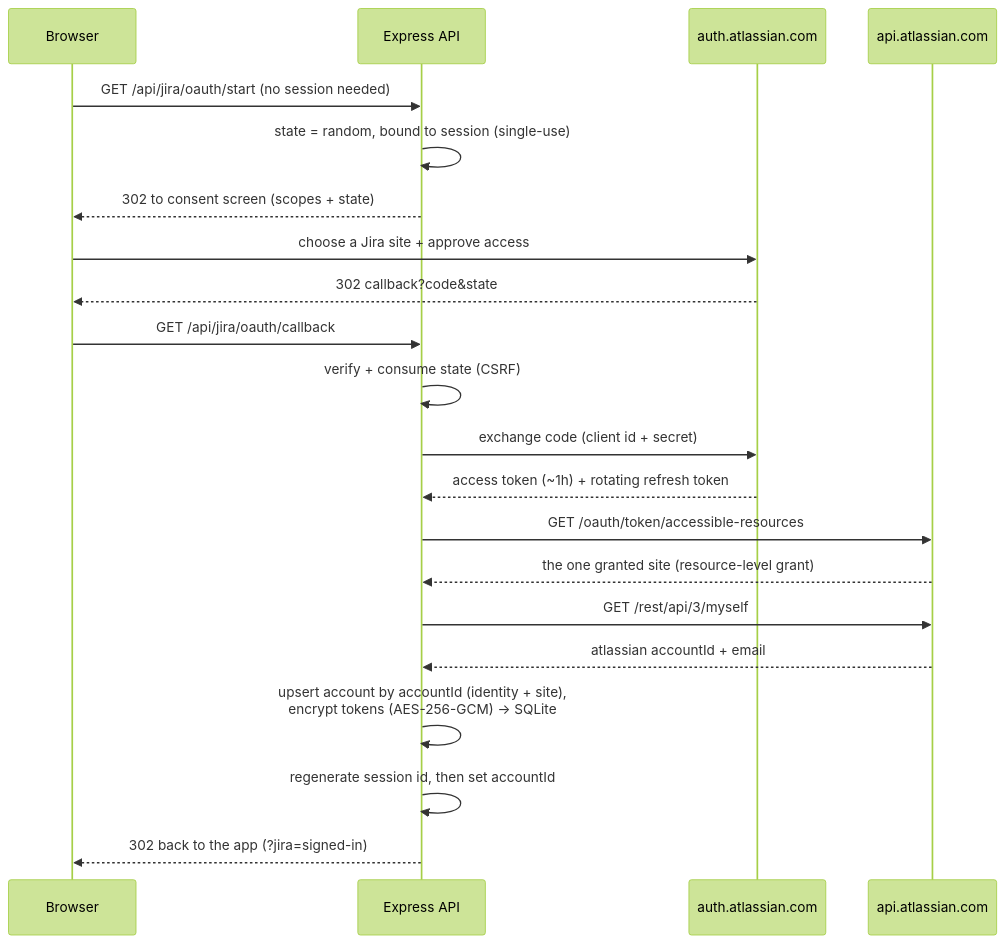
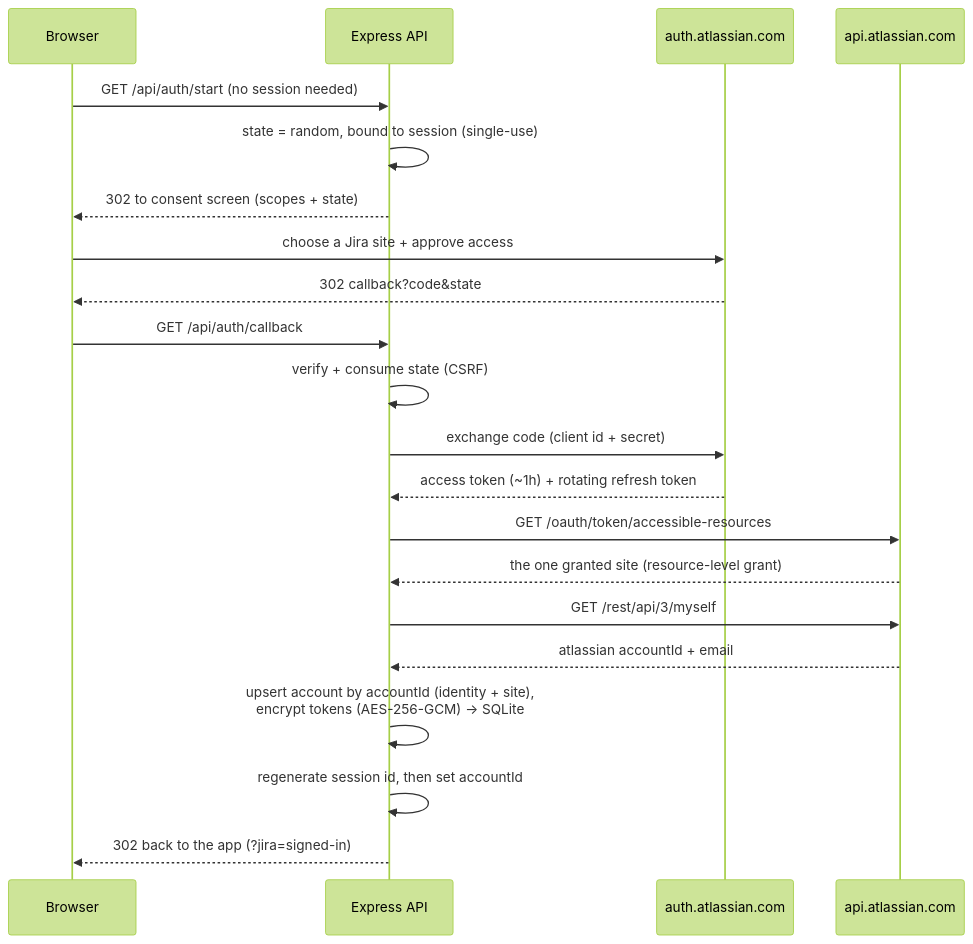
One commit to lerman01/IdentityHub changed the second of 4 diagrams in docs/ARCHITECTURE.md. Above: the diagram before and after it, drawn with Mermaid (forest theme). The commit also changed other lines of this file and 50 other files, not shown here.

````diff
--- a/docs/ARCHITECTURE.md
+++ b/docs/ARCHITECTURE.md
@@ -55,24 +72,24 @@
 ```mermaid
 sequenceDiagram
     participant U as Browser
     participant A as Express API
     participant AT as auth.atlassian.com
     participant JA as api.atlassian.com
 
-    U->>A: GET /api/jira/oauth/start (no session needed)
+    U->>A: GET /api/auth/start (no session needed)
     A->>A: state = random, bound to session (single-use)
     A-->>U: 302 to consent screen (scopes + state)
     U->>AT: choose a Jira site + approve access
     AT-->>U: 302 callback?code&state
-    U->>A: GET /api/jira/oauth/callback
+    U->>A: GET /api/auth/callback
     A->>A: verify + consume state (CSRF)
     A->>AT: exchange code (client id + secret)
     AT-->>A: access token (~1h) + rotating refresh token
     A->>JA: GET /oauth/token/accessible-resources
     JA-->>A: the one granted site (resource-level grant)
     A->>JA: GET /rest/api/3/myself
     JA-->>A: atlassian accountId + email
     A->>A: upsert account by accountId (identity + site),<br/>encrypt tokens (AES-256-GCM) → SQLite
     A->>A: regenerate session id, then set accountId
     A-->>U: 302 back to the app (?jira=signed-in)
 ```
````
